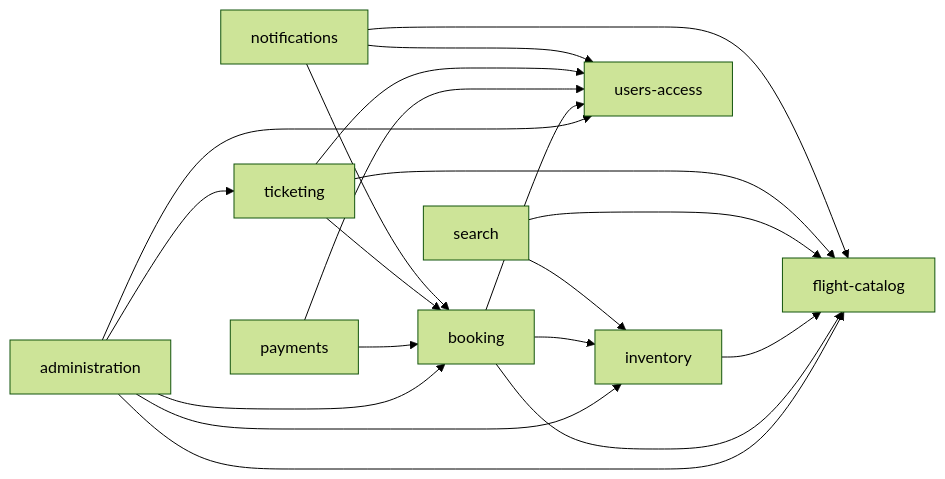
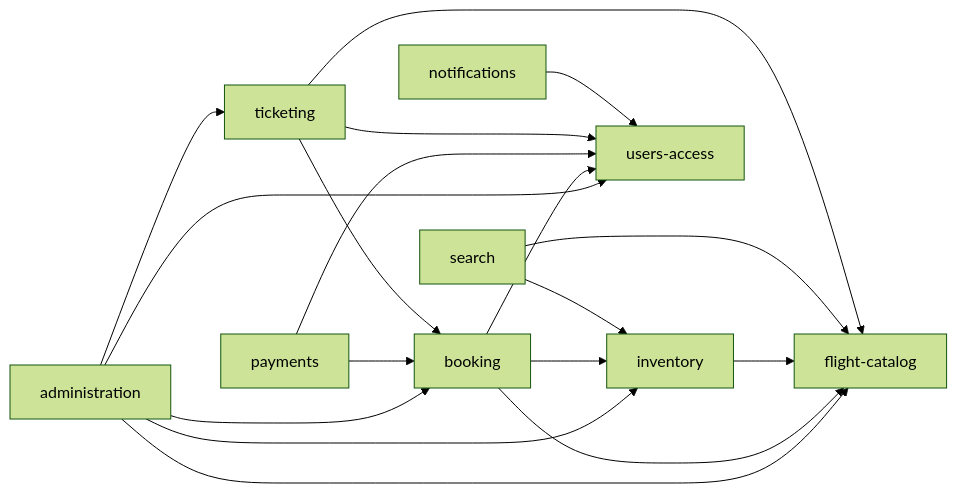
Before and after one commit to Yassin-Hegazy/flight-system: the diagram in README.md, drawn with Mermaid (forest theme). The commit also changed other lines of this file, not shown here.

Commit message:
docs: Notifications only listens; guards before decorators

````diff
--- a/README.md
+++ b/README.md
@@ -108,10 +108,10 @@
 ```mermaid
 flowchart LR
   administration --> booking & catalog[flight-catalog] & inventory & ticketing & users[users-access]
   booking --> catalog & inventory & users
   inventory --> catalog
   search --> catalog & inventory
   payments --> booking & users
   ticketing --> booking & catalog & users
-  notifications --> booking & catalog & users
+  notifications --> users
 ```
````
